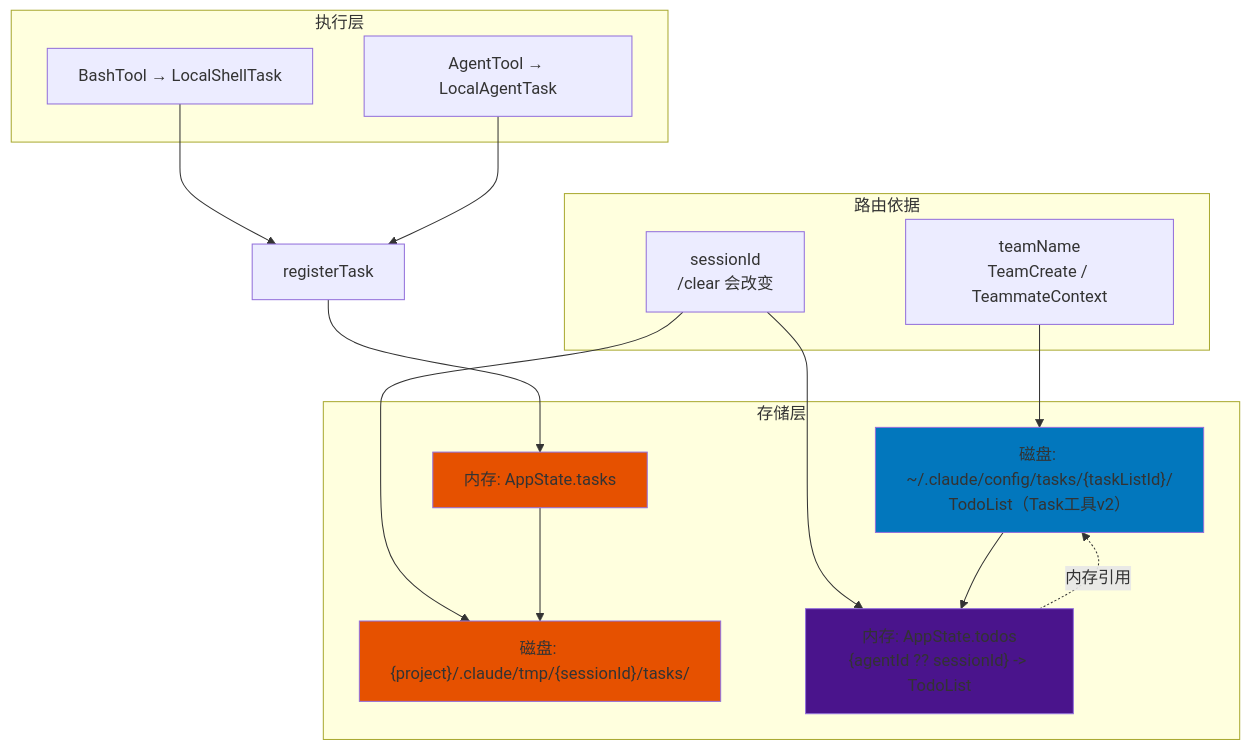
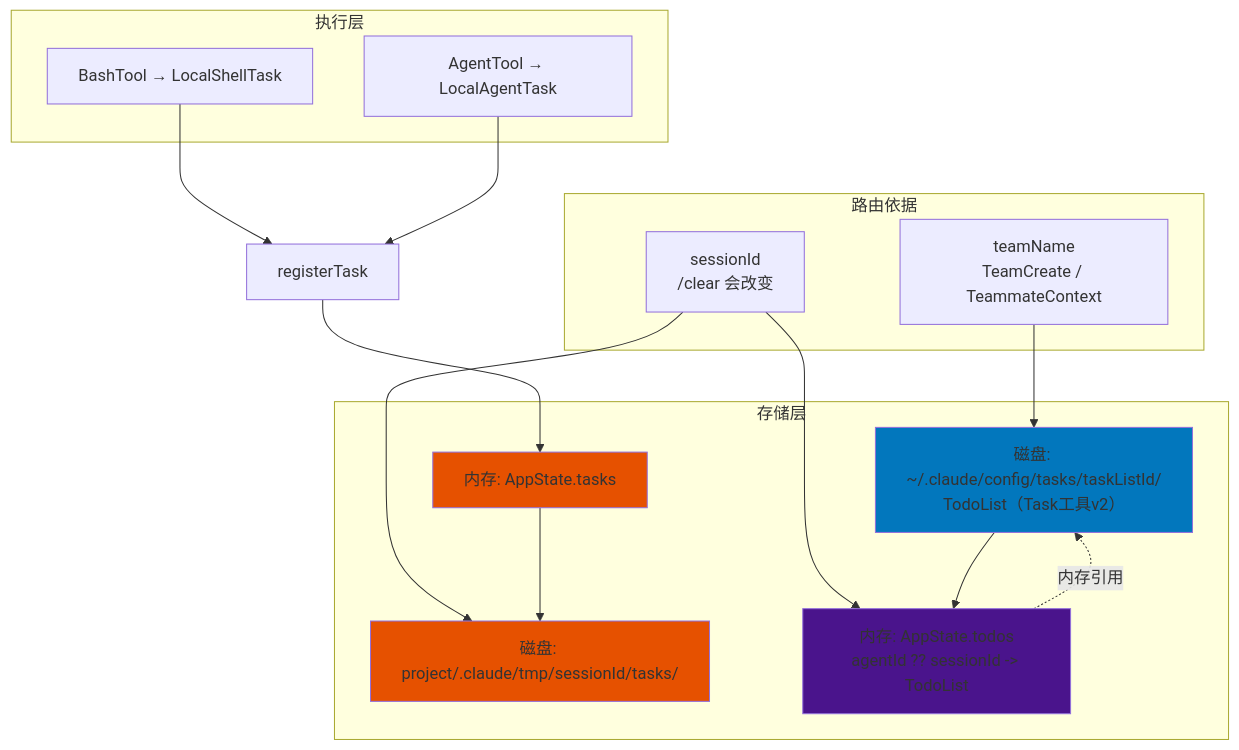
One commit to platootalp/harness-code changed the sixth of 16 diagrams in claude-code/docs/deep/TASK-SYSTEM.md. Above: the diagram before and after it, drawn with Mermaid. The commit also changed other lines of this file and 58 other files, not shown here.

````diff
--- a/claude-code/docs/deep/TASK-SYSTEM.md
+++ b/claude-code/docs/deep/TASK-SYSTEM.md
@@ -307,37 +307,37 @@
 ```mermaid
 flowchart TD
     subgraph 存储层
-        TodoListDisk["磁盘: ~/.claude/config/tasks/{taskListId}/<br/>TodoList（Task工具v2）"]
+        TodoListDisk["磁盘: ~/.claude/config/tasks/taskListId/<br/>TodoList（Task工具v2）"]
         TaskMemory["内存: AppState.tasks"]
-        TaskOutput["磁盘: {project}/.claude/tmp/{sessionId}/tasks/"]
-        AppStateTodos["内存: AppState.todos<br/>{agentId ?? sessionId} -> TodoList"]
+        TaskOutput["磁盘: project/.claude/tmp/sessionId/tasks/"]
+        AppStateTodos["内存: AppState.todos<br/>agentId ?? sessionId -> TodoList"]
     end
 
     subgraph 路由依据
         Session["sessionId<br/>/clear 会改变"]
         Team["teamName<br/>TeamCreate / TeammateContext"]
     end
 
     subgraph 执行层
         BashTool["BashTool → LocalShellTask"]
         AgentTool["AgentTool → LocalAgentTask"]
     end
 
     Session --> TaskOutput
     Session --> AppStateTodos
     Team --> TodoListDisk
 
     TodoListDisk --> AppStateTodos
     AppStateTodos -. "内存引用" .-> TodoListDisk
 
     TaskMemory --> TaskOutput
 
     BashTool --> registerTask
     AgentTool --> registerTask
     registerTask --> TaskMemory
 
     style TodoListDisk fill:#0277bd
     style TaskMemory fill:#e65100
     style TaskOutput fill:#e65100
     style AppStateTodos fill:#4a148c
 ```
````
